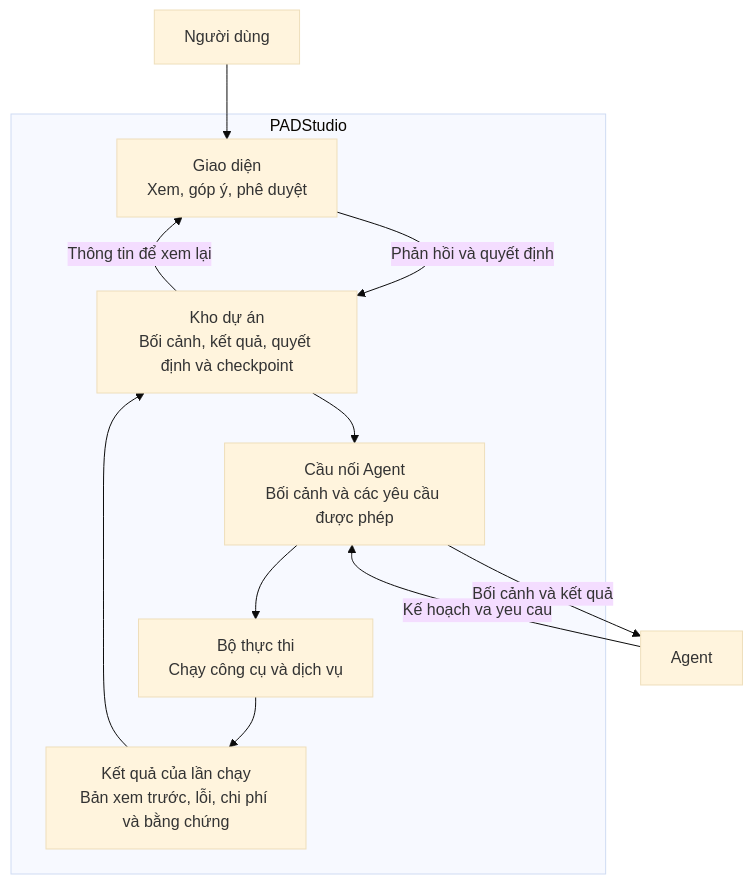
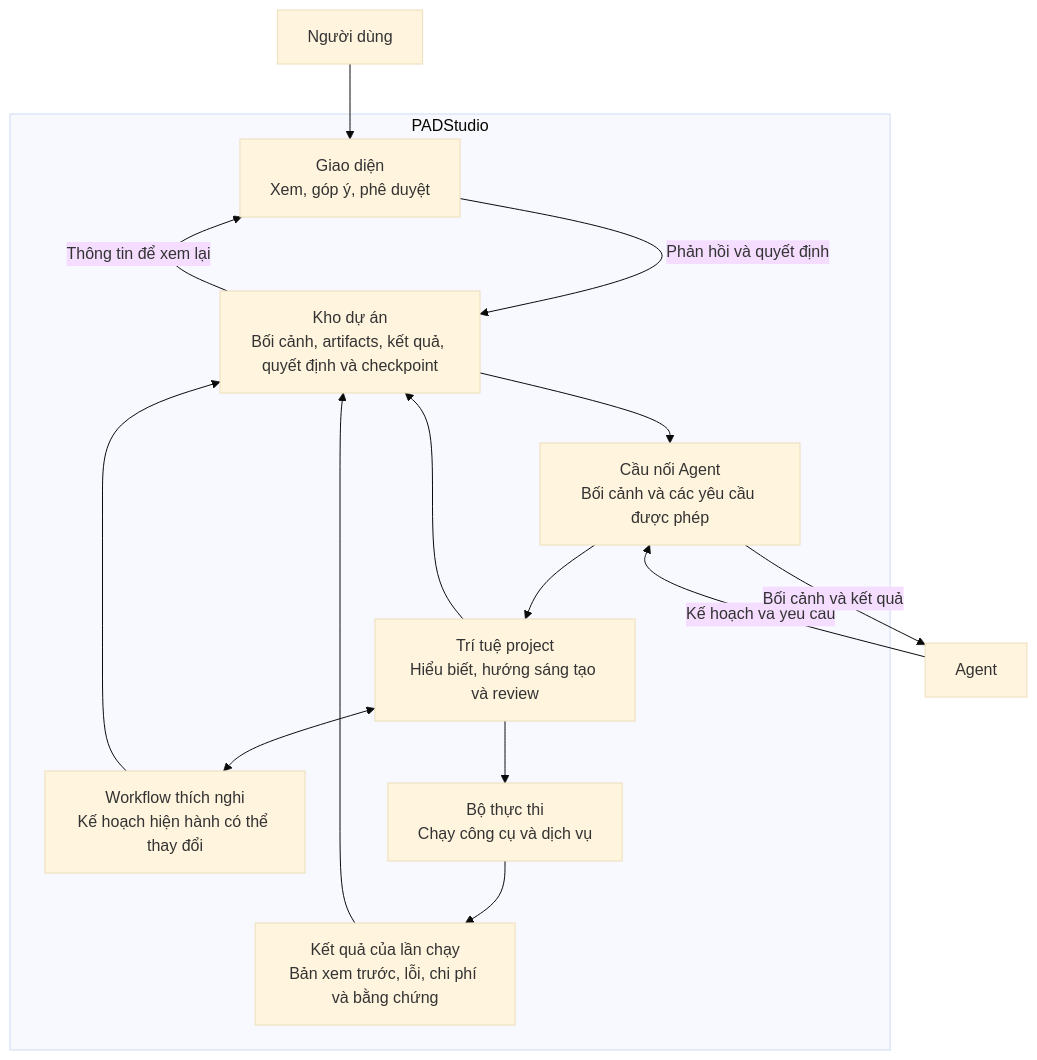
One commit to padduwcs/PADStudio changed the first of 2 diagrams in docs/build/PADSTUDIO-BUILD-OUTLINE.md. Above: the diagram before and after it, drawn with Mermaid (base theme). The commit also changed other lines of this file and 1 other file, not shown here.

Commit message:
docs: define adaptive workflow direction

````diff
--- a/docs/build/PADSTUDIO-BUILD-OUTLINE.md
+++ b/docs/build/PADSTUDIO-BUILD-OUTLINE.md
@@ -11,22 +11,27 @@
 ```mermaid
 flowchart TB
     U[Người dùng]
     A[Agent]
 
     subgraph PAD[PADStudio]
         UI[Giao diện<br/>Xem, góp ý, phê duyệt]
-        P[Kho dự án<br/>Bối cảnh, kết quả, quyết định và checkpoint]
+        P[Kho dự án<br/>Bối cảnh, artifacts, kết quả, quyết định và checkpoint]
         G[Cầu nối Agent<br/>Bối cảnh và các yêu cầu được phép]
+        I[Trí tuệ project<br/>Hiểu biết, hướng sáng tạo và review]
+        W[Workflow thích nghi<br/>Kế hoạch hiện hành có thể thay đổi]
         E[Bộ thực thi<br/>Chạy công cụ và dịch vụ]
         R[Kết quả của lần chạy<br/>Bản xem trước, lỗi, chi phí và bằng chứng]
 
         UI -->|Phản hồi và quyết định| P
         P -->|Thông tin để xem lại| UI
-        P --> G
-        G --> E --> R --> P
+        P --> G --> I
+        I <--> W
+        I --> E --> R --> P
+        I --> P
+        W --> P
     end
 
     U --> UI
     A -->|Kế hoạch và yêu cầu| G
     G -->|Bối cảnh và kết quả| A
 ```
````
